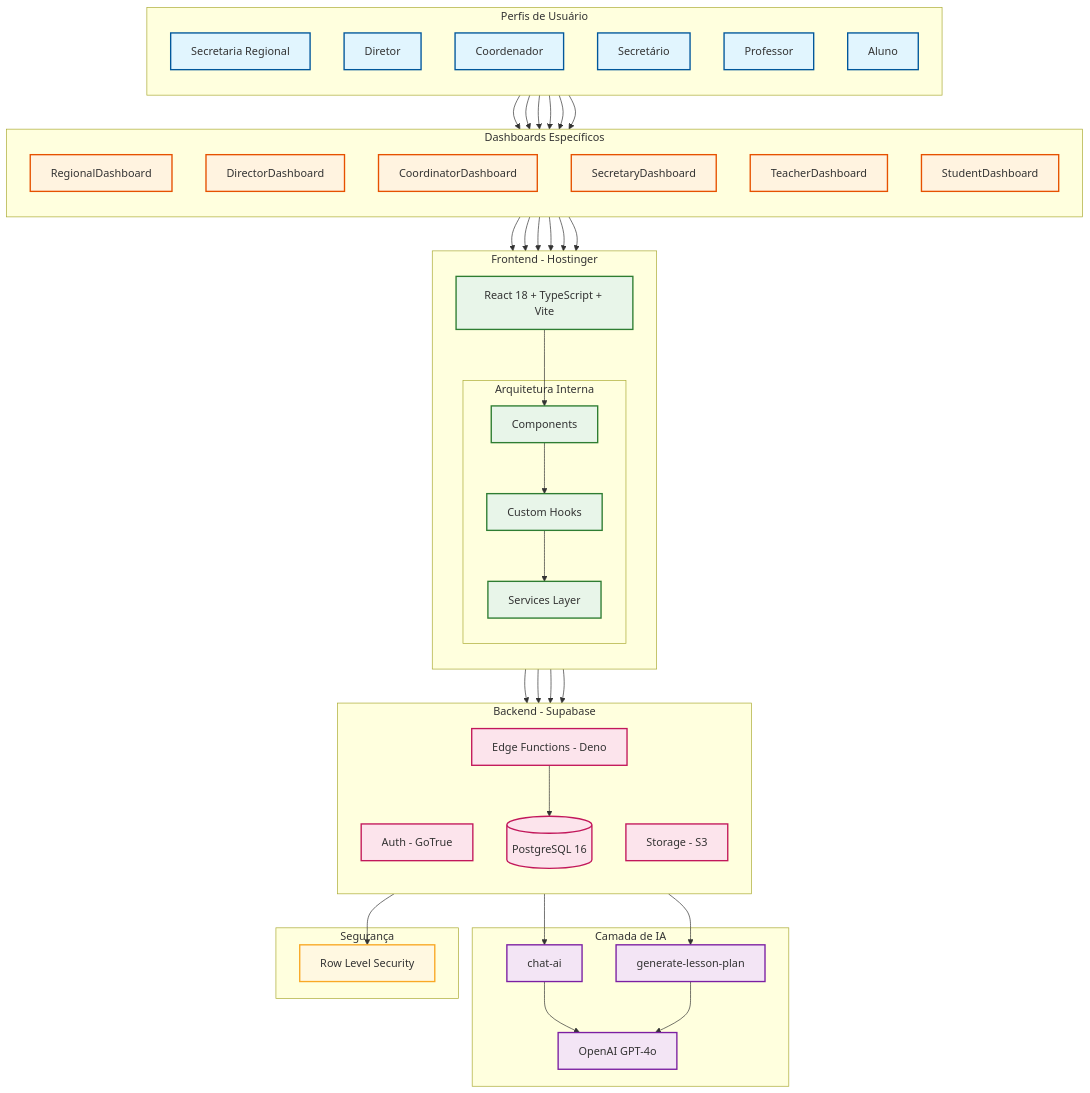
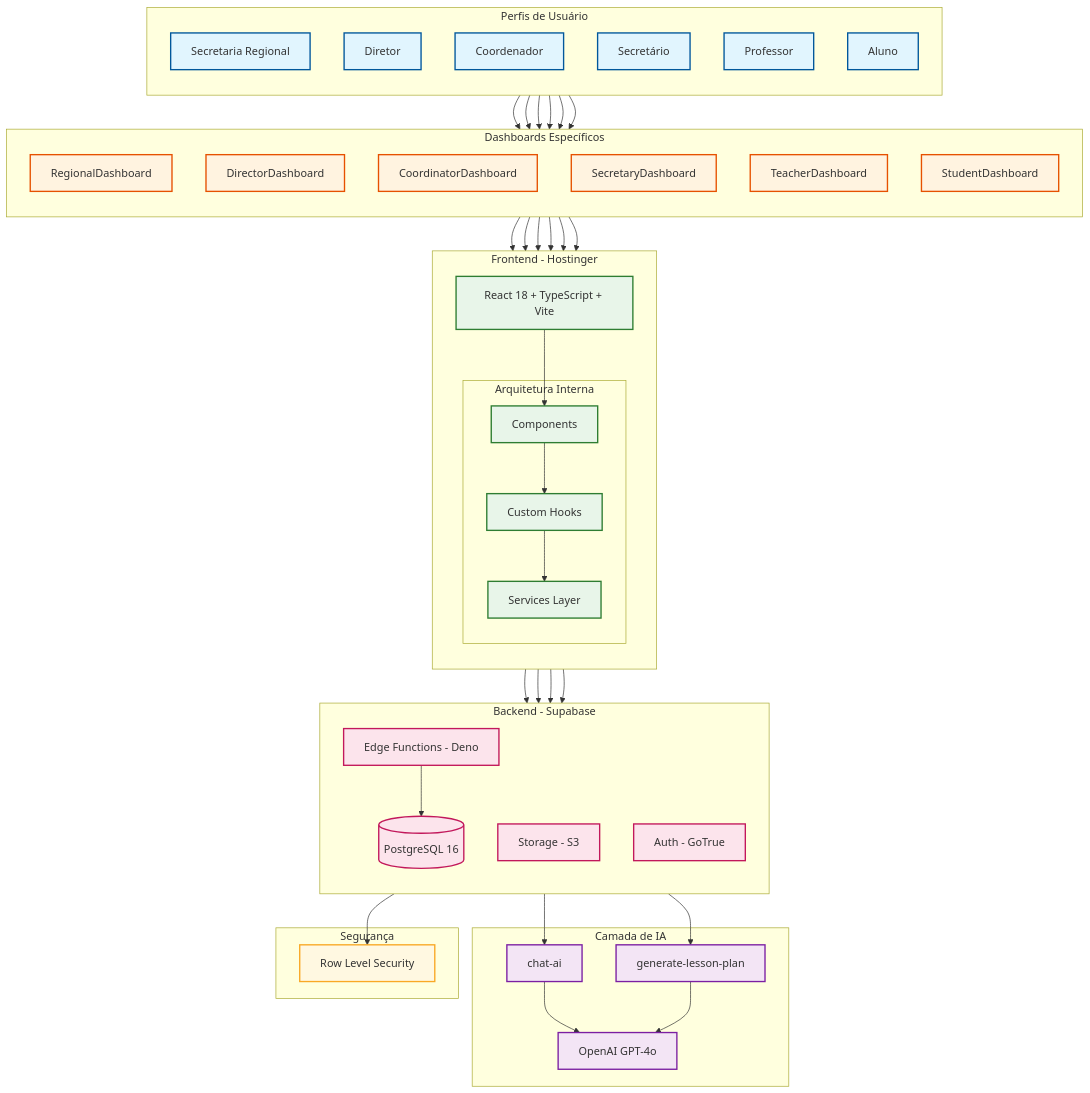
One commit to Omniamind-org/educai-gyn changed the diagram in README.md. Above: the diagram before and after it, drawn with Mermaid. The commit also changed other lines of this file, not shown here.

Commit message:
docs: reorder Backend elements for cleaner diagram layout

```diff
--- a/README.md
+++ b/README.md
@@ -172,10 +172,10 @@
     %% Backend
     subgraph Backend ["Backend - Supabase"]
         direction TB
+        Edge["Edge Functions - Deno"]
+        Storage["Storage - S3"]
         Auth["Auth - GoTrue"]
         DB[("PostgreSQL 16")]
-        Storage["Storage - S3"]
-        Edge["Edge Functions - Deno"]
     end
 
     %% AI Layer
```
